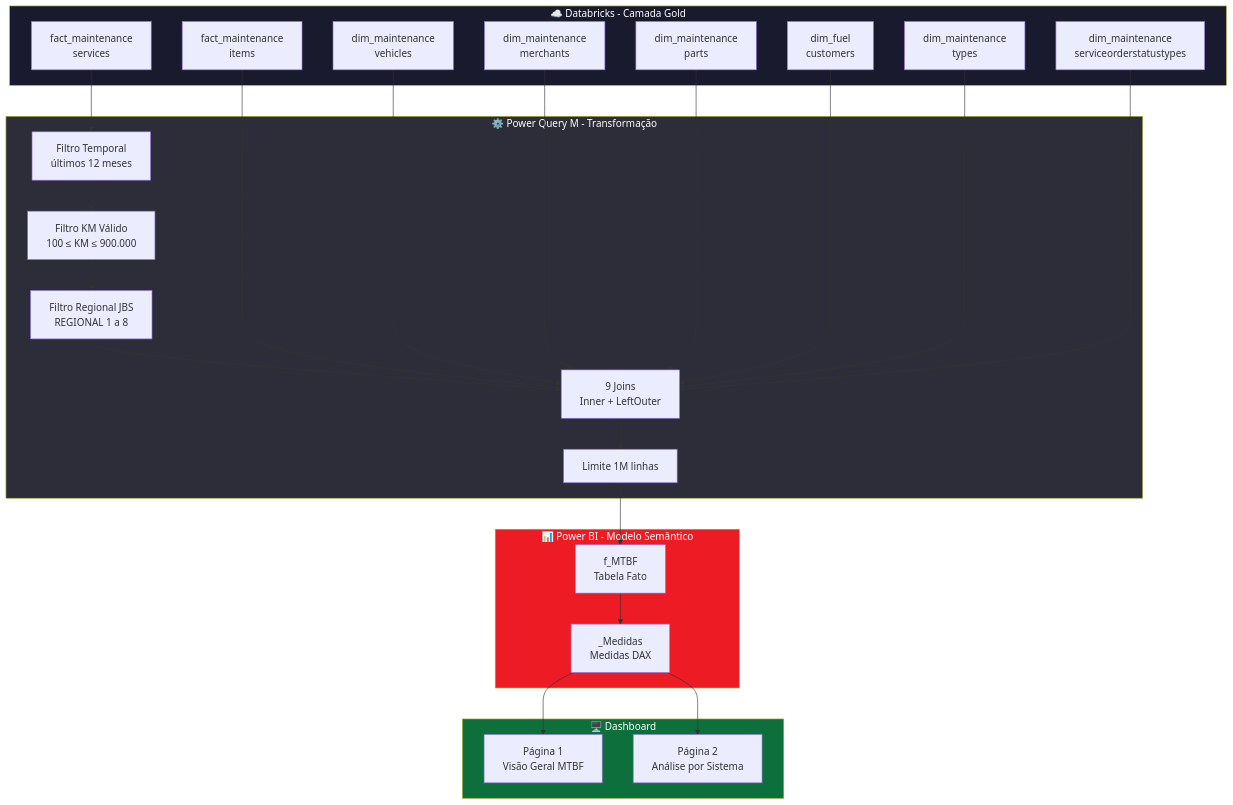
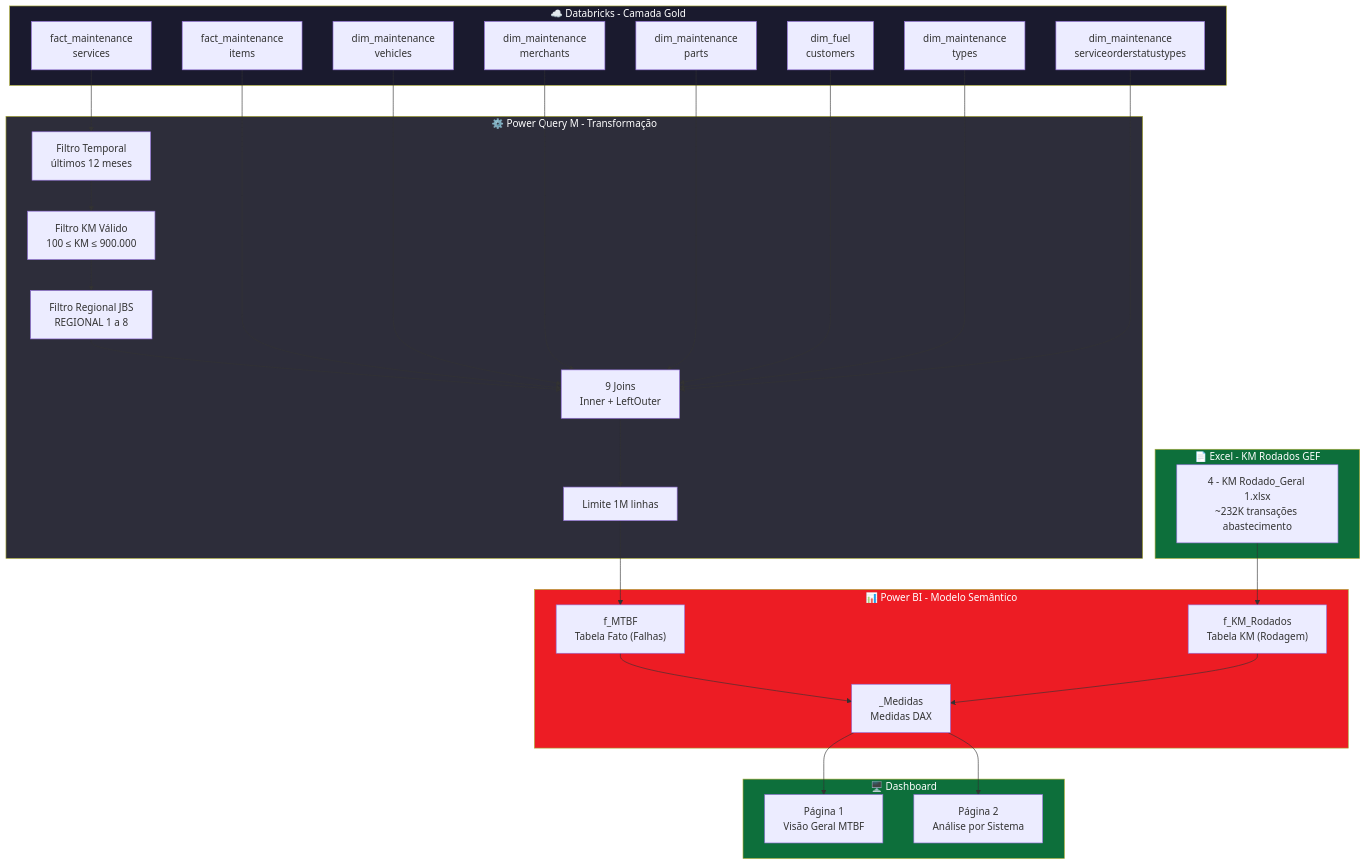
The first of 4 diagrams in README.md (EntregaResultados/PAINEL-MTBF-FOCOJBS), drawn with Mermaid before and after one commit. The commit also changed other lines of this file and 4 other files, not shown here.

````diff
--- a/README.md
+++ b/README.md
@@ -9,50 +9,58 @@
 ```mermaid
 flowchart TB
     subgraph DATABRICKS["☁️ Databricks - Camada Gold"]
         FS["fact_maintenance\nservices"]
         FI["fact_maintenance\nitems"]
         DV["dim_maintenance\nvehicles"]
         DM["dim_maintenance\nmerchants"]
         DP["dim_maintenance\nparts"]
         DC["dim_fuel\ncustomers"]
         DT["dim_maintenance\ntypes"]
         DS["dim_maintenance\nserviceorderstatustypes"]
     end
 
+    subgraph EXCEL["📄 Excel - KM Rodados GEF"]
+        XL["4 - KM Rodado_Geral 1.xlsx\n~232K transações abastecimento"]
+    end
+
     subgraph ETL["⚙️ Power Query M - Transformação"]
         F1["Filtro Temporal\núltimos 12 meses"]
         F2["Filtro KM Válido\n100 ≤ KM ≤ 900.000"]
         F3["Filtro Regional JBS\nREGIONAL 1 a 8"]
         JN["9 Joins\nInner + LeftOuter"]
         LM["Limite 1M linhas"]
     end
 
     subgraph PBI["📊 Power BI - Modelo Semântico"]
-        FATO["f_MTBF\nTabela Fato"]
+        FATO["f_MTBF\nTabela Fato (Falhas)"]
+        FKML["f_KM_Rodados\nTabela KM (Rodagem)"]
         MED["_Medidas\nMedidas DAX"]
     end
 
     subgraph DASH["🖥️ Dashboard"]
         P1["Página 1\nVisão Geral MTBF"]
         P2["Página 2\nAnálise por Sistema"]
     end
 
     FS --> F1 --> F2 --> F3
     F3 --> JN
     FI --> JN
     DV --> JN
     DM --> JN
     DP --> JN
     DC --> JN
     DT --> JN
     DS --> JN
     JN --> LM --> FATO
+    XL --> FKML
     FATO --> MED
+    FKML --> MED
     MED --> P1
     MED --> P2
 
     style DATABRICKS fill:#1A1A2E,color:#FFF
+    style EXCEL fill:#0D6F3B,color:#FFF
     style ETL fill:#2D2D3A,color:#FFF
     style PBI fill:#ED1C24,color:#FFF
     style DASH fill:#0D6F3B,color:#FFF
 ```
````
